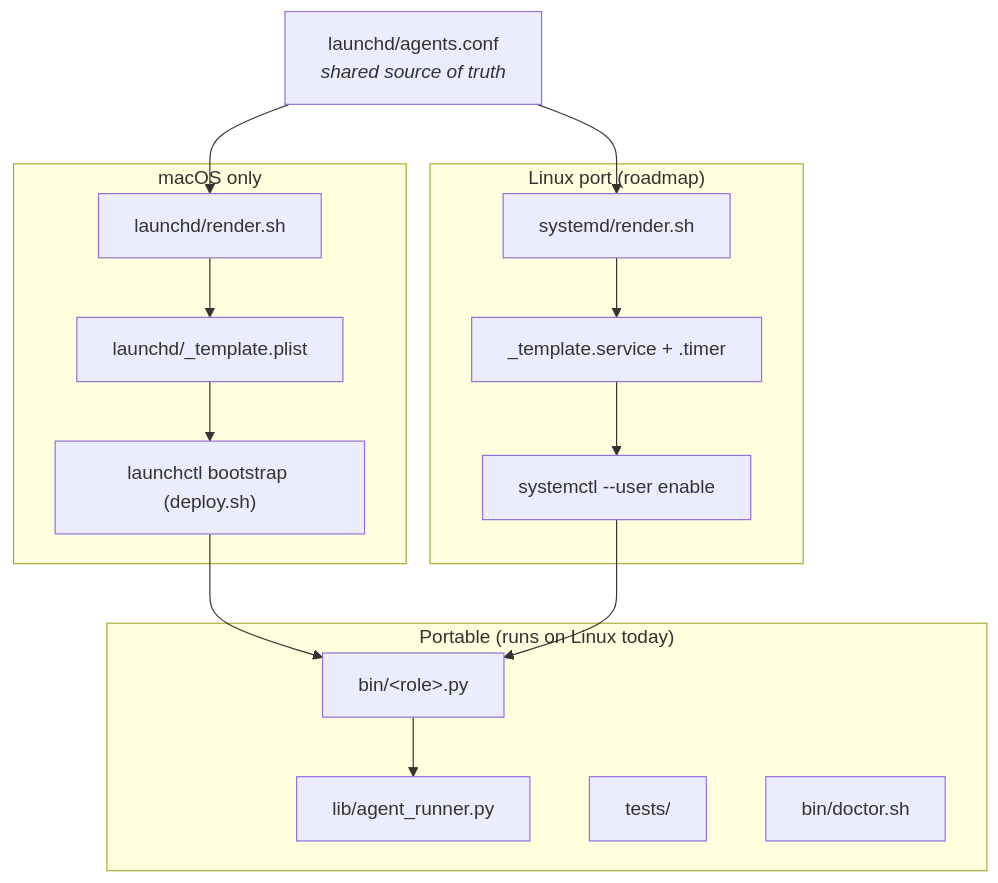
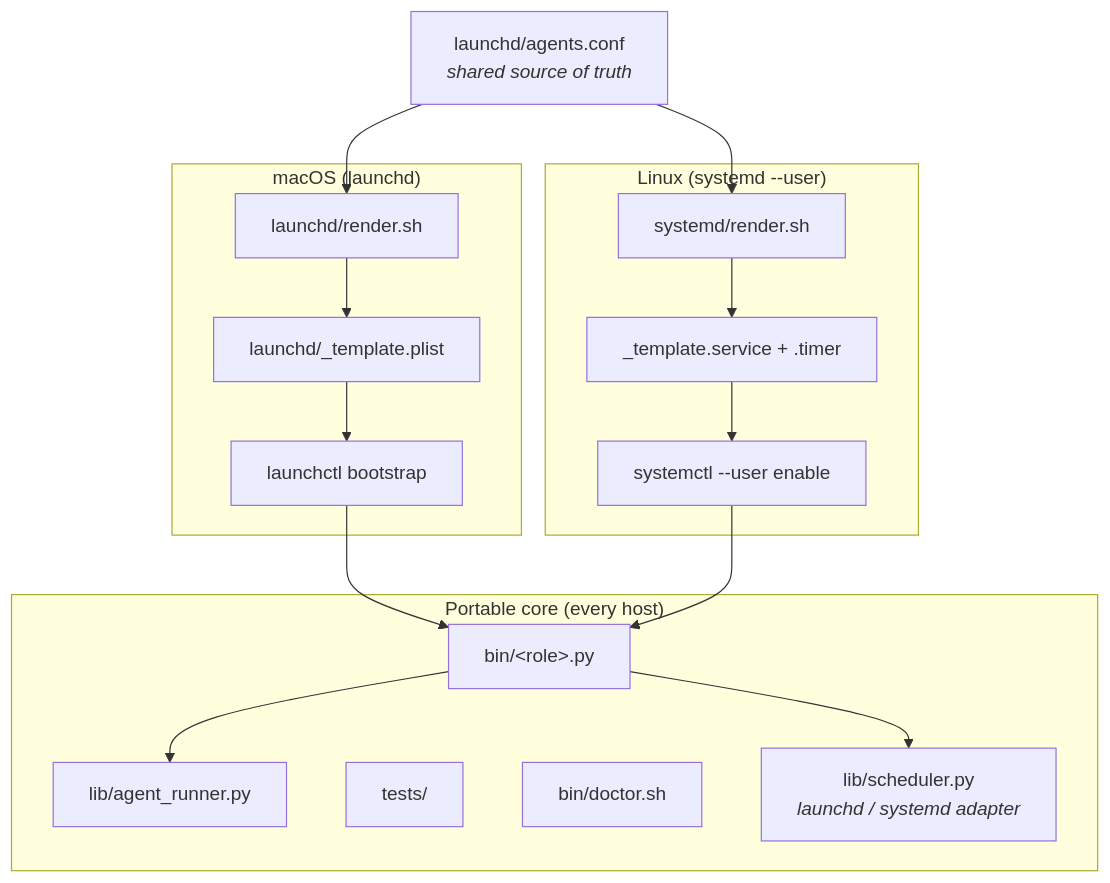
One commit to luminik-io/alfred-os changed the diagram in site/src/content/docs/guides/linux.md. Above: the diagram before and after it, drawn with Mermaid. The commit also changed other lines of this file and 4 other files, not shown here.

First line of the commit message:
docs(site): reconcile Linux references with shipped systemd support

````diff
--- a/site/src/content/docs/guides/linux.md
+++ b/site/src/content/docs/guides/linux.md
@@ -14,28 +14,30 @@
 ```mermaid
 flowchart TB
-    subgraph portable["Portable (runs on Linux today)"]
+    subgraph portable["Portable core (every host)"]
         runner["lib/agent_runner.py"]
         bins["bin/&lt;role&gt;.py"]
         tests["tests/"]
         doctor["bin/doctor.sh"]
+        sched["lib/scheduler.py<br/><i>launchd / systemd adapter</i>"]
     end
 
-    subgraph mac["macOS only"]
+    subgraph mac["macOS (launchd)"]
         lrender["launchd/render.sh"]
         ltmpl["launchd/_template.plist"]
-        lctl["launchctl bootstrap (deploy.sh)"]
+        lctl["launchctl bootstrap"]
     end
 
-    subgraph linux["Linux port (roadmap)"]
+    subgraph linux["Linux (systemd --user)"]
         srender["systemd/render.sh"]
         stmpl["_template.service + .timer"]
         sctl["systemctl --user enable"]
     end
 
     conf["launchd/agents.conf<br/><i>shared source of truth</i>"]
     conf --> lrender
     conf --> srender
     lrender --> ltmpl --> lctl --> bins
     srender --> stmpl --> sctl --> bins
     bins --> runner
+    bins --> sched
 ```
````
